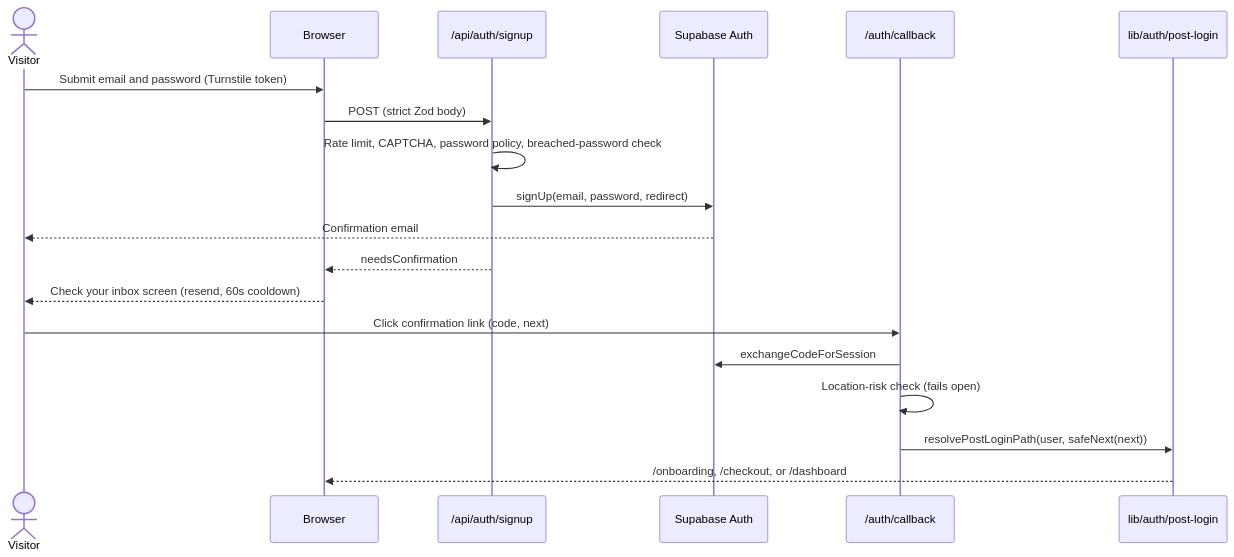
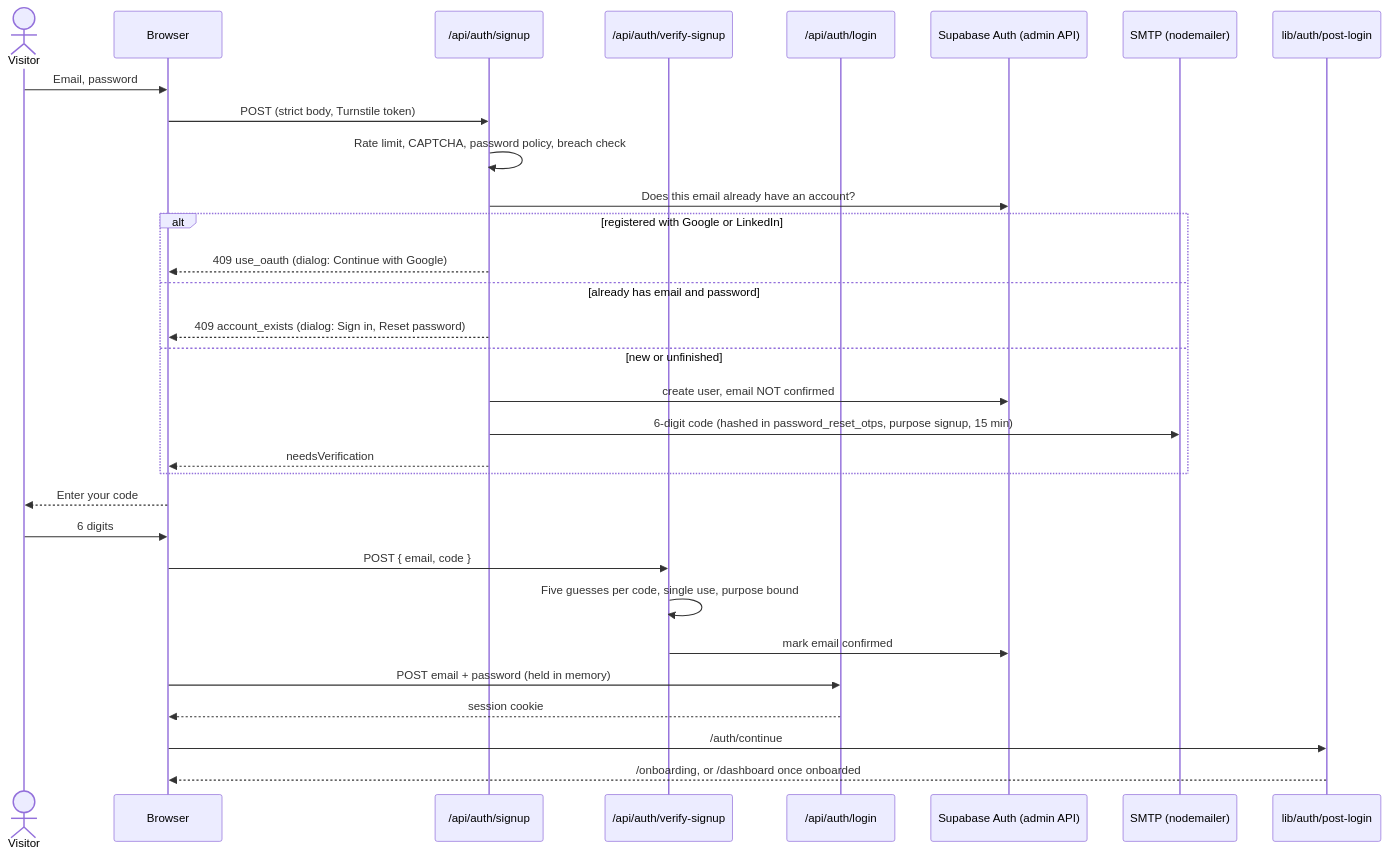
The fifth of 7 diagrams in README.md (posiajiboyecom/ascentor-mvp), drawn with Mermaid before and after one commit. The commit also changed other lines of this file and 31 other files, not shown here.

First line of the commit message:
feat(auth): sign-up email code (nodemailer), clear account-exists and use-Google dialogs, member-since and sign-in method, server-verified password change, post-login routing fixes

````diff
--- a/README.md
+++ b/README.md
@@ -331,22 +335,34 @@
 ```mermaid
 sequenceDiagram
     actor U as Visitor
     participant B as Browser
     participant S as /api/auth/signup
-    participant SB as Supabase Auth
-    participant CB as /auth/callback
+    participant V as /api/auth/verify-signup
+    participant L as /api/auth/login
+    participant A as Supabase Auth (admin API)
+    participant M as SMTP (nodemailer)
     participant R as lib/auth/post-login
 
-    U->>B: Submit email and password (Turnstile token)
-    B->>S: POST (strict Zod body)
-    S->>S: Rate limit, CAPTCHA, password policy, breached-password check
-    S->>SB: signUp(email, password, redirect)
-    SB-->>U: Confirmation email
-    S-->>B: needsConfirmation
-    B-->>U: Check your inbox screen (resend, 60s cooldown)
-    U->>CB: Click confirmation link (code, next)
-    CB->>SB: exchangeCodeForSession
-    CB->>CB: Location-risk check (fails open)
-    CB->>R: resolvePostLoginPath(user, safeNext(next))
-    R-->>B: /onboarding, /checkout, or /dashboard
+    U->>B: Email, password
+    B->>S: POST (strict body, Turnstile token)
+    S->>S: Rate limit, CAPTCHA, password policy, breach check
+    S->>A: Does this email already have an account?
+    alt registered with Google or LinkedIn
+        S-->>B: 409 use_oauth (dialog: Continue with Google)
+    else already has email and password
+        S-->>B: 409 account_exists (dialog: Sign in, Reset password)
+    else new or unfinished
+        S->>A: create user, email NOT confirmed
+        S->>M: 6-digit code (hashed in password_reset_otps, purpose signup, 15 min)
+        S-->>B: needsVerification
+    end
+    B-->>U: Enter your code
+    U->>B: 6 digits
+    B->>V: POST { email, code }
+    V->>V: Five guesses per code, single use, purpose bound
+    V->>A: mark email confirmed
+    B->>L: POST email + password (held in memory)
+    L-->>B: session cookie
+    B->>R: /auth/continue
+    R-->>B: /onboarding, or /dashboard once onboarded
 ```
````
